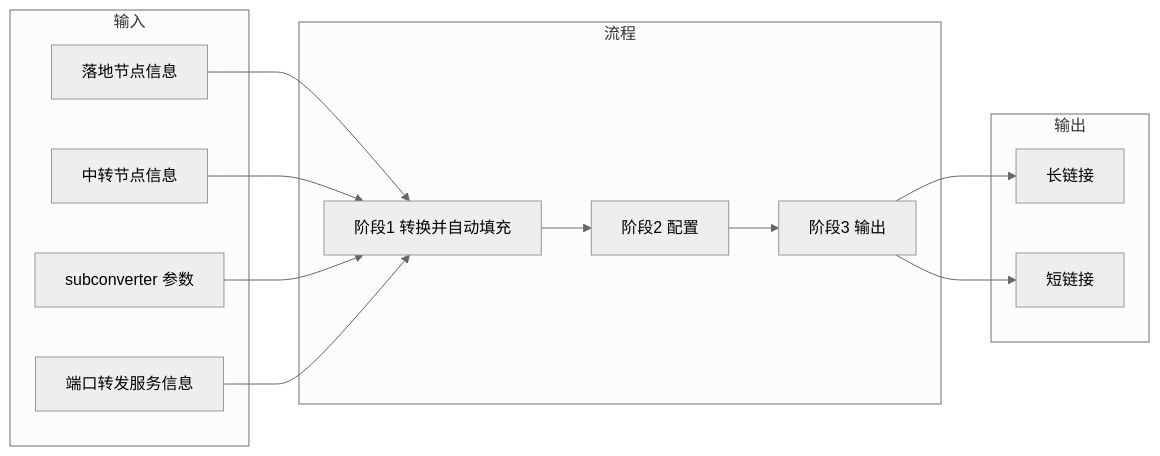
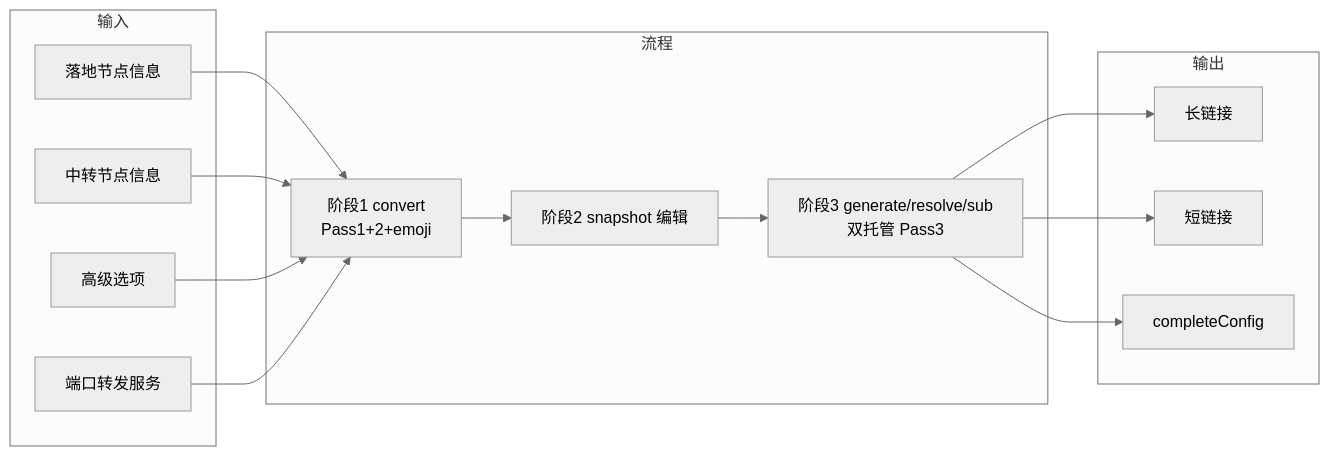
One commit to slackworker/chain-subconverter changed the diagram in docs/spec/01-overview.md. Above: the diagram before and after it, drawn with Mermaid (neutral theme). The commit also changed other lines of this file and 174 other files, not shown here.

````diff
--- a/docs/spec/01-overview.md
+++ b/docs/spec/01-overview.md
@@ -20,29 +20,31 @@
 ```mermaid
 flowchart LR
   subgraph Input[输入]
     L[落地节点信息]
     T[中转节点信息]
-    O[subconverter 参数]
-    F[端口转发服务信息]
+    O[高级选项]
+    F[端口转发服务]
   end
 
   subgraph Flow[流程]
-    C[阶段1 转换并自动填充]
-    S[阶段2 配置]
-    G[阶段3 输出]
+    C[阶段1 convert<br/>Pass1+2+emoji]
+    S[阶段2 snapshot 编辑]
+    G[阶段3 generate/resolve/sub<br/>双托管 Pass3]
   end
 
   subgraph Output[输出]
-    U[长链接]
+    LU[长链接]
     SU[短链接]
+    YAML[completeConfig]
   end
 
   L --> C
   T --> C
   O --> C
   F --> C
   C --> S
   S --> G
-  G --> U
+  G --> LU
   G --> SU
+  G --> YAML
 ```
````
